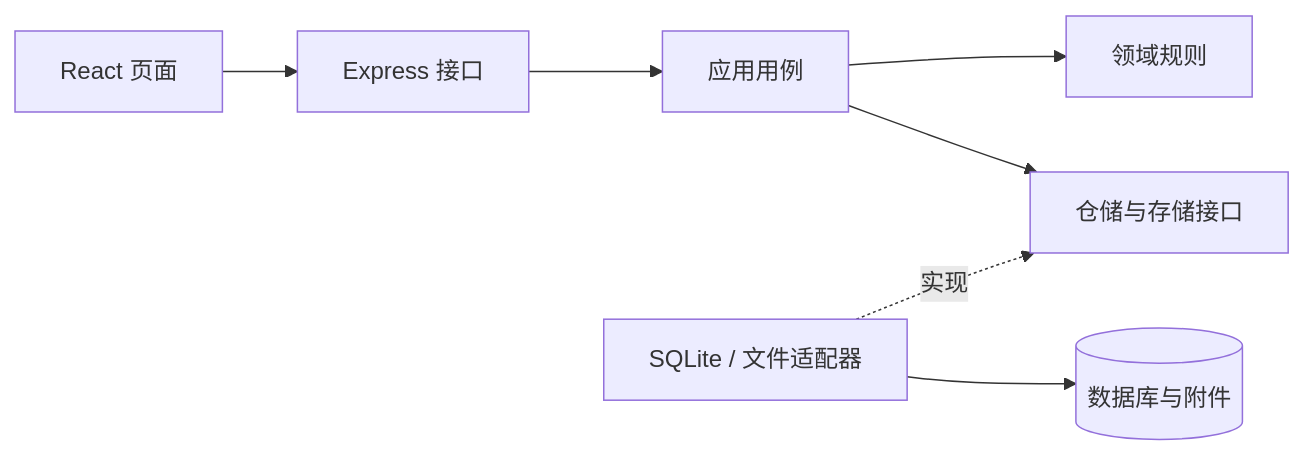
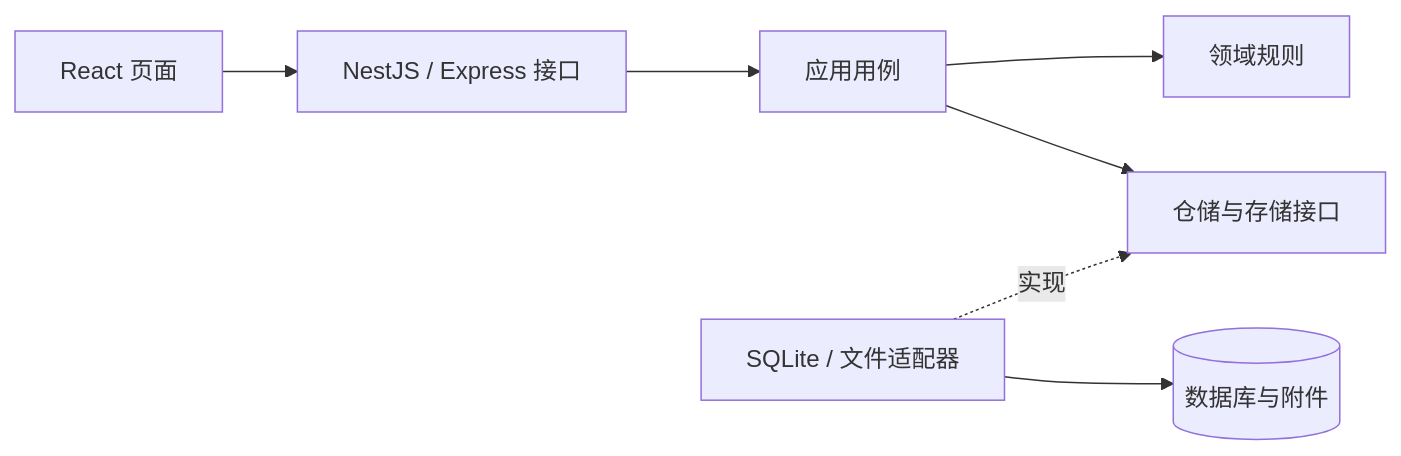
Before and after one commit to baiqiuran/Teamwork: the diagram in README.md, drawn with Mermaid. The commit also changed other lines of this file and 29 other files, not shown here.

Commit message:
Introduce Nest runtime and compiled authentication flow

````diff
--- a/README.md
+++ b/README.md
@@ -129,9 +129,9 @@
 ```mermaid
 flowchart LR
-  UI[React 页面] --> HTTP[Express 接口]
+  UI[React 页面] --> HTTP[NestJS / Express 接口]
   HTTP --> APP[应用用例]
   APP --> DOMAIN[领域规则]
   APP --> PORTS[仓储与存储接口]
   INFRA[SQLite / 文件适配器] -.实现.-> PORTS
   INFRA --> DATA[(数据库与附件)]
 ```
````
